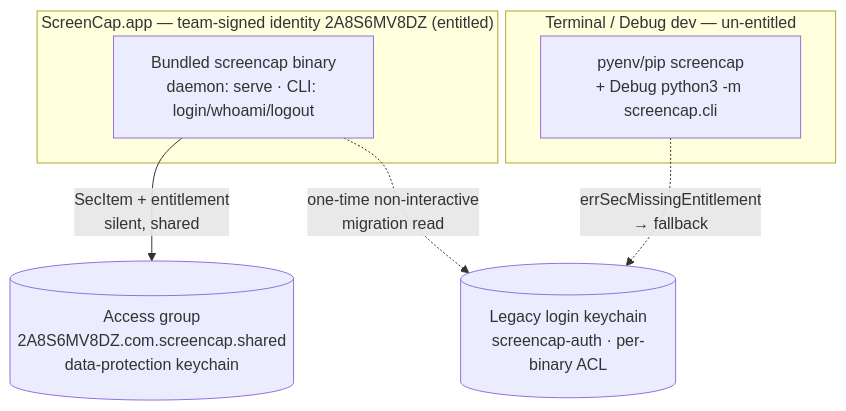
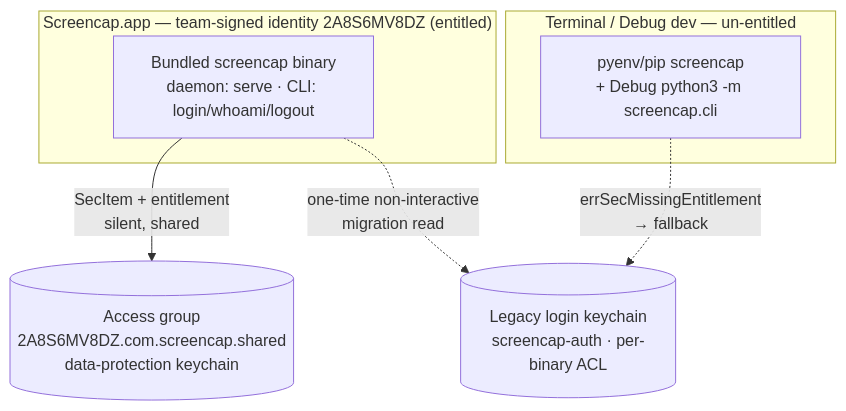
Before and after one commit to eeshsaxena/screencap: the first of 2 diagrams in docs/plans/2026-07-08-001-feat-shared-keychain-access-group-auth-plan.md, drawn with Mermaid. The commit also changed other lines of this file and 184 other files, not shown here.

First line of the commit message:
refactor(brand): rename ScreenCap → Screencap in docs, Python, and tests

````diff
--- a/docs/plans/2026-07-08-001-feat-shared-keychain-access-group-auth-plan.md
+++ b/docs/plans/2026-07-08-001-feat-shared-keychain-access-group-auth-plan.md
@@ -44,14 +44,14 @@
 ```mermaid
 graph TB
-  subgraph app["ScreenCap.app — team-signed identity 2A8S6MV8DZ (entitled)"]
+  subgraph app["Screencap.app — team-signed identity 2A8S6MV8DZ (entitled)"]
     CLI["Bundled screencap binary<br/>daemon: serve · CLI: login/whoami/logout"]
   end
   subgraph term["Terminal / Debug dev — un-entitled"]
     PYENV["pyenv/pip screencap<br/>+ Debug python3 -m screencap.cli"]
   end
   AG[("Access group<br/>2A8S6MV8DZ.com.screencap.shared<br/>data-protection keychain")]
   LEGACY[("Legacy login keychain<br/>screencap-auth · per-binary ACL")]
   CLI -->|"SecItem + entitlement<br/>silent, shared"| AG
   PYENV -.->|"errSecMissingEntitlement<br/>→ fallback"| LEGACY
   CLI -.->|"one-time non-interactive<br/>migration read"| LEGACY
 ```
````
